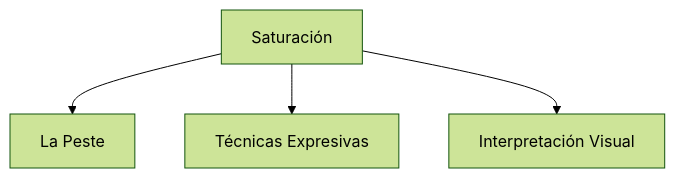
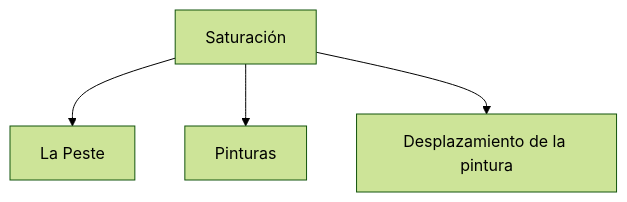
One commit to EGGS-Artesvisuales/EGGS-Artesvisuales.github.io changed the diagram in ES/saturacion.md. Above: the diagram before and after it, drawn with Mermaid (forest theme). The commit also changed other lines of this file, not shown here.

```diff
--- a/ES/saturacion.md
+++ b/ES/saturacion.md
@@ -18,12 +17,12 @@
 <div class="mermaid">
 graph TD
     S[Saturación]
     S --> P[La Peste]
-    S --> T[Técnicas Expresivas]
-    S --> I[Interpretación Visual]
+    S --> T[Pinturas]
+    S --> I[Desplazamiento de la pintura]
 
     click S "saturacion.html" "Descubre más sobre Saturación"
     click P "la-peste.html" "Explorar La Peste"
     click T "tecnicas-expresivas.html" "Ver Técnicas Expresivas"
     click I "interpretacion-visual.html" "Interpretación Visual"
 </div>
```
